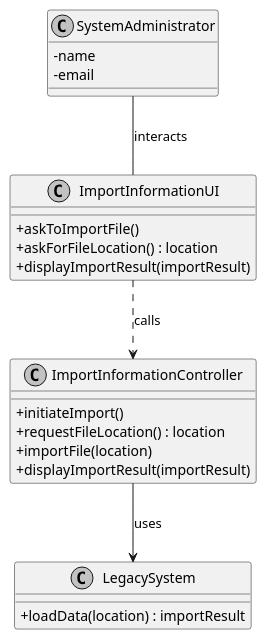
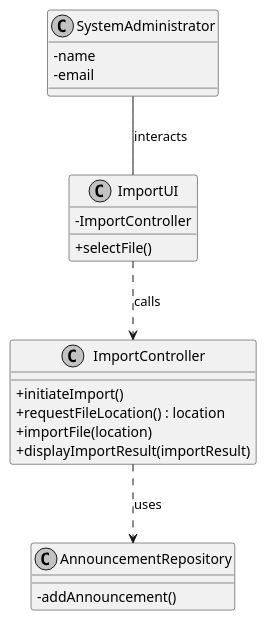
The diagram in docs/sprintC/us012/03.design/puml/us012-class-diagram.puml (Goncalves2525/real-estate-management-system), drawn with PlantUML before and after one commit. The commit also changed 26 other files, not shown here.

Commit message:
SD & SSD [US012] Changed telephone number from int to long, to avoid int overflows Changes to ImportController methods

```diff
--- a/docs/sprintC/us012/03.design/puml/us012-class-diagram.puml
+++ b/docs/sprintC/us012/03.design/puml/us012-class-diagram.puml
@@ -1,39 +1,44 @@
 @startuml
 skinparam monochrome true
 skinparam packageStyle rectangle
 skinparam shadowing false
 skinparam linetype polyline
 skinparam classAttributeIconSize 0
 
 'left to right direction
 
-class LegacySystem {
-    + loadData(location) : importResult
-}
+'class LegacySystem {
+'    + loadData(location) : importResult
+'}
 
 class SystemAdministrator {
     - name
     - email
 }
 
-class ImportInformationController {
+class ImportController {
     + initiateImport()
     + requestFileLocation() : location
     + importFile(location)
     + displayImportResult(importResult)
 }
 
-class ImportInformationUI {
-    + askToImportFile()
-    + askForFileLocation() : location
-    + displayImportResult(importResult)
+class ImportUI {
+    - ImportController
+    + selectFile()
+}
+
+class AnnouncementRepository {
+    - addAnnouncement()
 }
 
 
-ImportInformationUI ..> ImportInformationController : calls
+ImportUI ..> ImportController : calls
 
-ImportInformationController --> LegacySystem : uses
+'ImportInformationController --> LegacySystem : uses
 
-SystemAdministrator -- ImportInformationUI : interacts
+SystemAdministrator -- ImportUI : interacts
+
+ImportController ..> AnnouncementRepository : uses
 
 @enduml
```
